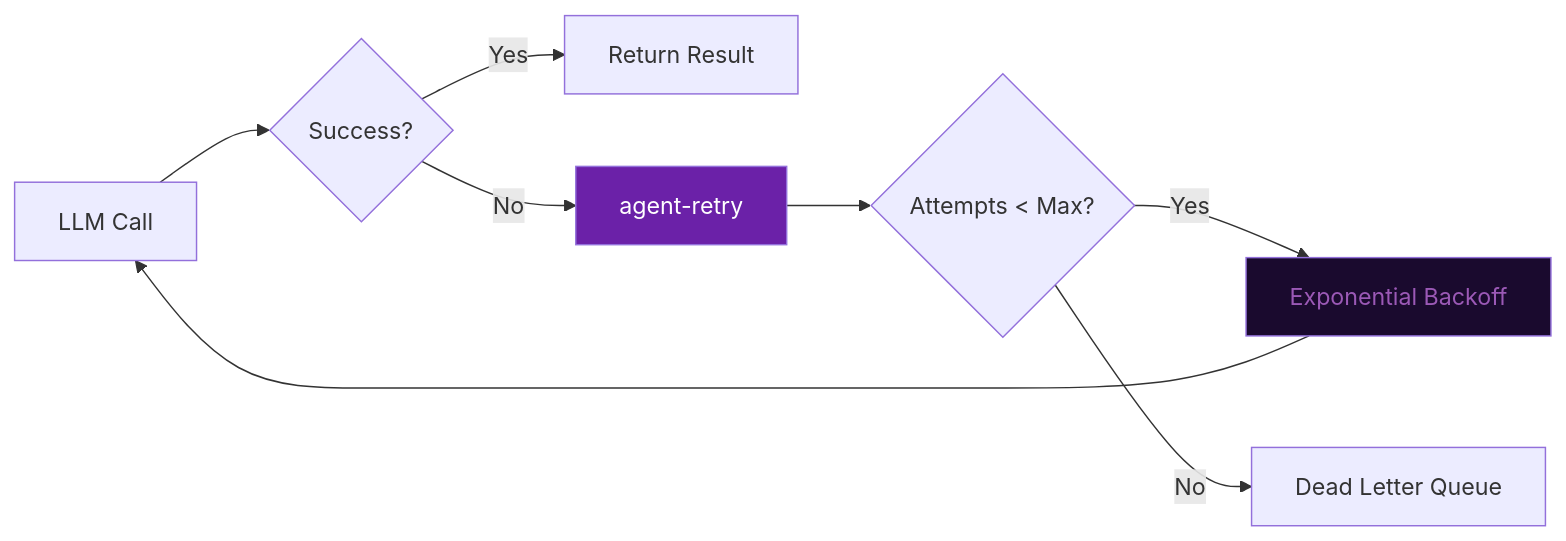
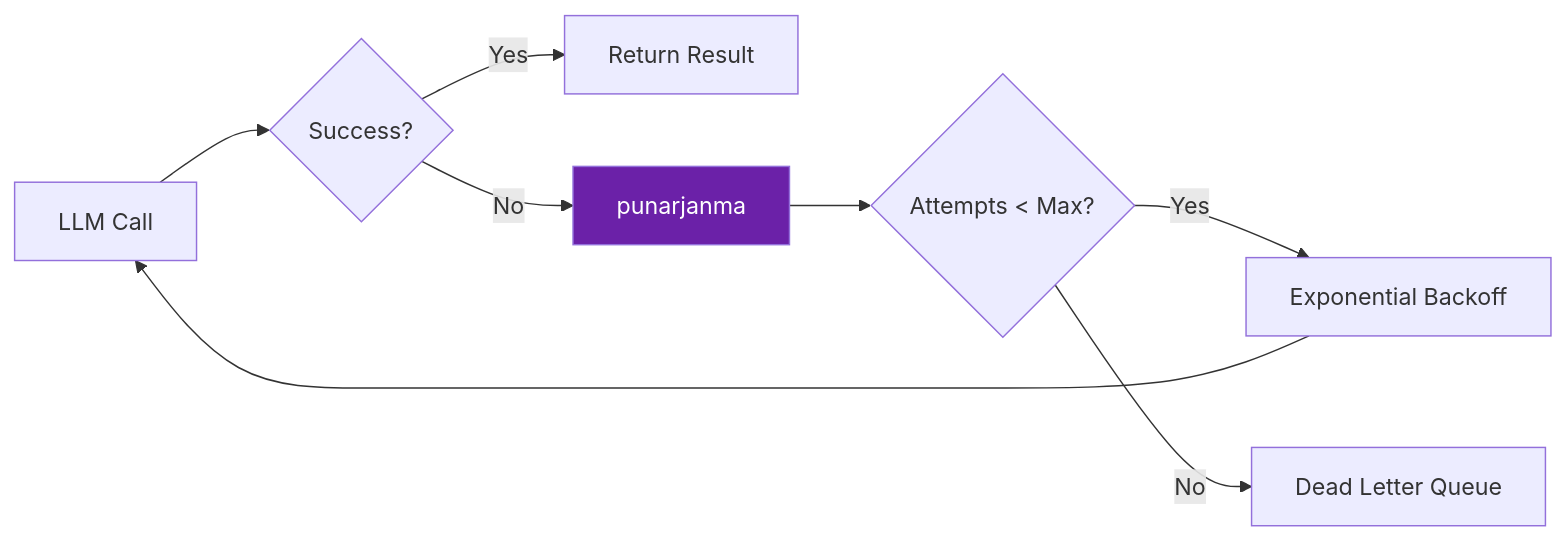
One commit to darshjme/agent-retry changed the diagram in README.md. Above: the diagram before and after it, drawn with Mermaid. The commit also changed other lines of this file and 1 other file, not shown here.

First line of the commit message:
feat(vedic-v3): rename to punarjanma (पुनर्जन्म)

````diff
--- a/README.md
+++ b/README.md
@@ -48,12 +37,11 @@
 ```mermaid
 flowchart LR
     A[LLM Call] --> B{Success?}
     B -- Yes --> C[Return Result]
-    B -- No --> D[agent-retry]
+    B -- No --> D[punarjanma]
     D --> E{Attempts < Max?}
     E -- Yes --> F[Exponential Backoff]
     F --> A
     E -- No --> G[Dead Letter Queue]
     style D fill:#6b21a8,color:#fff
-    style F fill:#1a0a2e,color:#9b59b6
 ```
````
